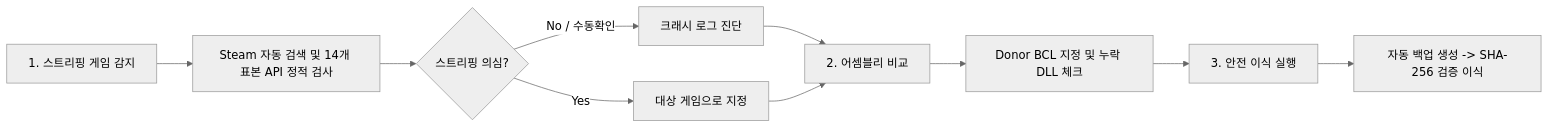
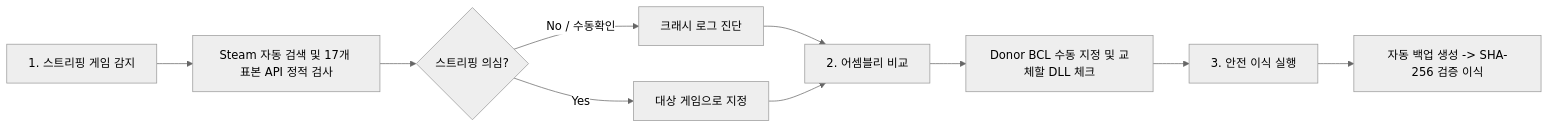
Before and after one commit to magjangin/bcl-tool-app: the diagram in docs/README.md, drawn with Mermaid (neutral theme). The commit also changed other lines of this file and 9 other files, not shown here.

````diff
--- a/docs/README.md
+++ b/docs/README.md
@@ -42,12 +42,12 @@
 ```mermaid
 flowchart LR
-    A[1. 스트리핑 게임 감지] --> B[Steam 자동 검색 및 14개 표본 API 정적 검사]
+    A[1. 스트리핑 게임 감지] --> B[Steam 자동 검색 및 17개 표본 API 정적 검사]
     B --> C{스트리핑 의심?}
     C -->|Yes| D[대상 게임으로 지정]
     C -->|No / 수동확인| E[크래시 로그 진단]
     E --> F[2. 어셈블리 비교]
     D --> F
-    F --> G[Donor BCL 지정 및 누락 DLL 체크]
+    F --> G[Donor BCL 수동 지정 및 교체할 DLL 체크]
     G --> H[3. 안전 이식 실행]
     H --> I[자동 백업 생성 -> SHA-256 검증 이식]
 ```
````
